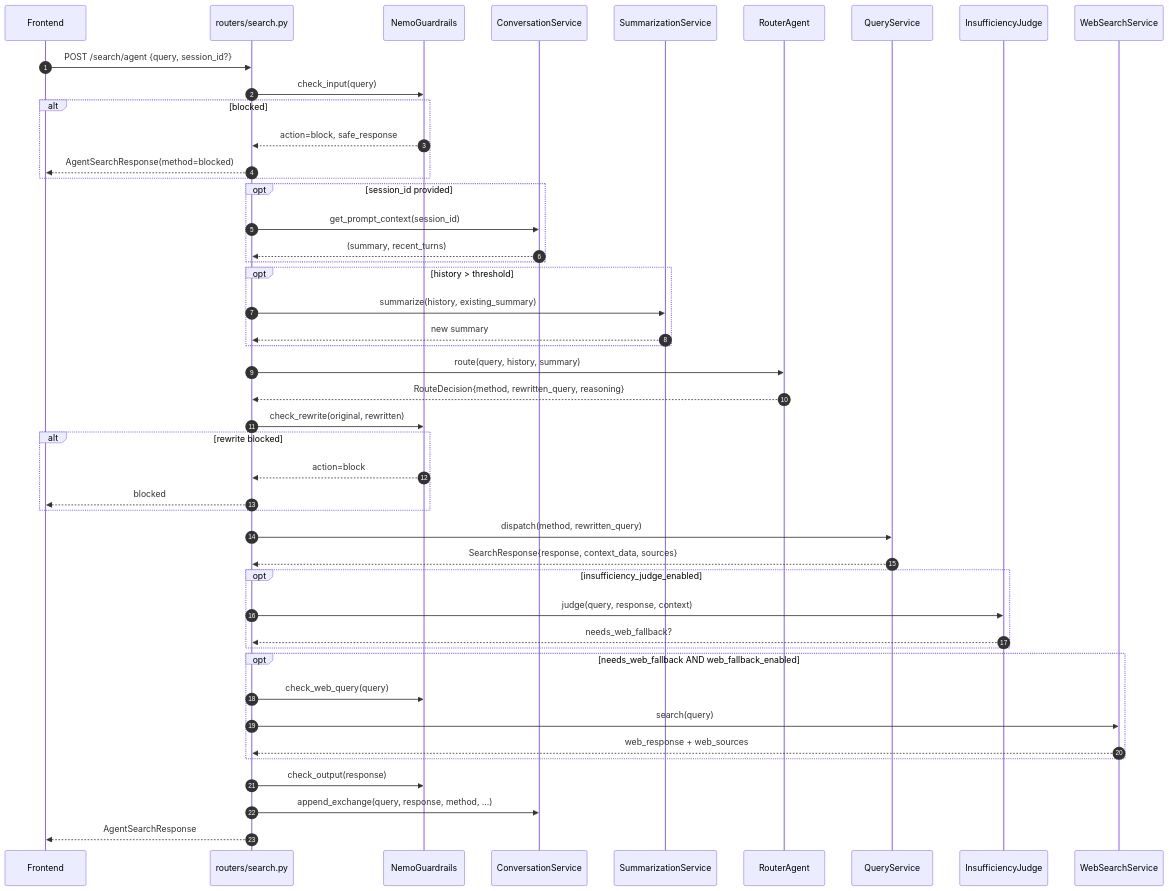
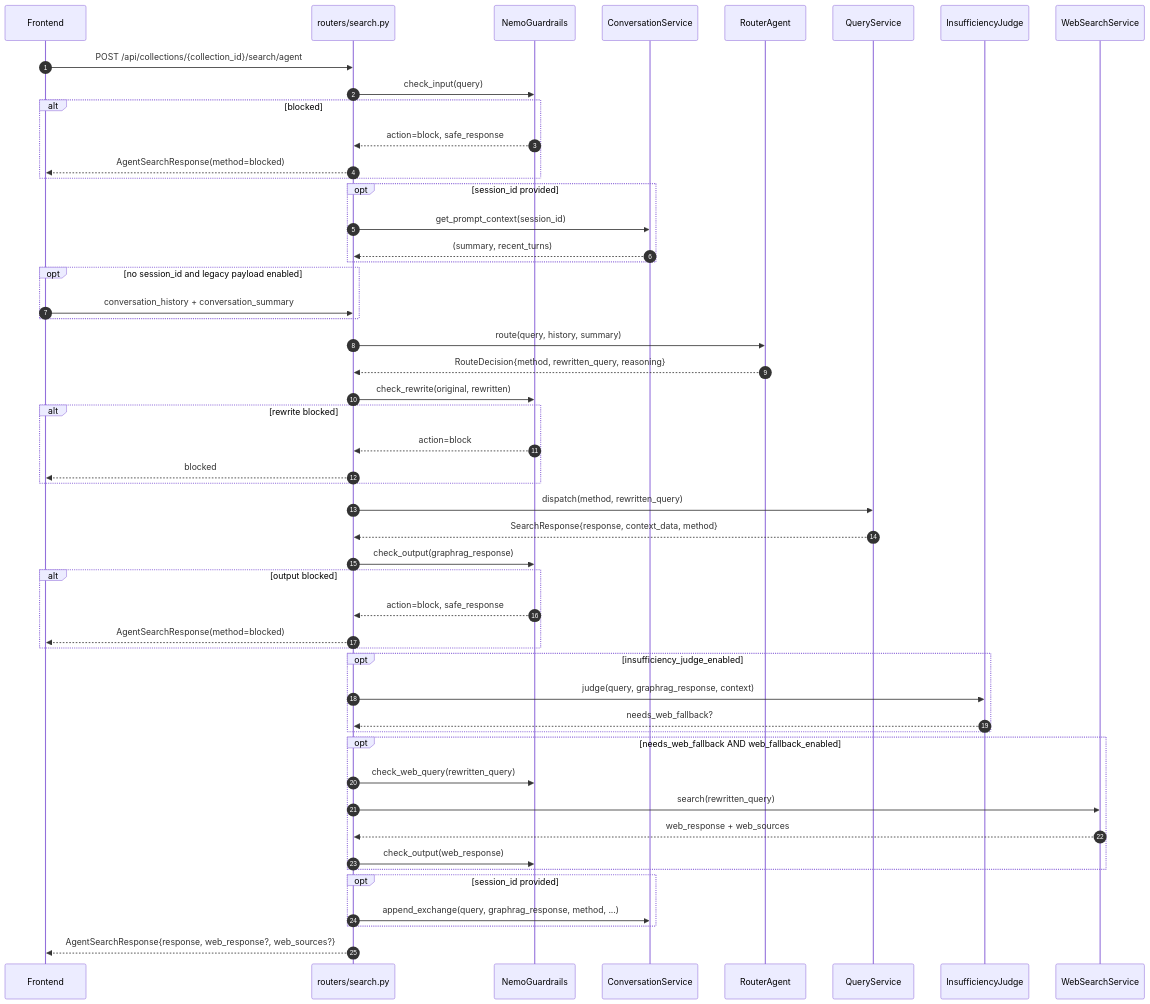
Before and after one commit to huytu0702/gtog: the second of 11 diagrams in docs/project/en/query_flow.md, drawn with Mermaid. The commit also changed other lines of this file and 6 other files, not shown here.

First line of the commit message:
feat: implement guardrails for direct search methods and enhance response handling

````diff
--- a/docs/project/en/query_flow.md
+++ b/docs/project/en/query_flow.md
@@ -32,57 +33,63 @@
 ```mermaid
 sequenceDiagram
     autonumber
     participant FE as Frontend
     participant API as routers/search.py
     participant GR as NemoGuardrails
     participant Conv as ConversationService
-    participant Sum as SummarizationService
     participant Router as RouterAgent
     participant QS as QueryService
     participant Judge as InsufficiencyJudge
     participant Web as WebSearchService
 
-    FE->>API: POST /search/agent {query, session_id?}
+    FE->>API: POST /api/collections/{collection_id}/search/agent
     API->>GR: check_input(query)
     alt blocked
         GR-->>API: action=block, safe_response
         API-->>FE: AgentSearchResponse(method=blocked)
     end
 
     opt session_id provided
         API->>Conv: get_prompt_context(session_id)
         Conv-->>API: (summary, recent_turns)
     end
 
-    opt history > threshold
-        API->>Sum: summarize(history, existing_summary)
-        Sum-->>API: new summary
+    opt no session_id and legacy payload enabled
+        FE->>API: conversation_history + conversation_summary
     end
 
     API->>Router: route(query, history, summary)
     Router-->>API: RouteDecision{method, rewritten_query, reasoning}
 
     API->>GR: check_rewrite(original, rewritten)
     alt rewrite blocked
         GR-->>API: action=block
         API-->>FE: blocked
     end
 
     API->>QS: dispatch(method, rewritten_query)
-    QS-->>API: SearchResponse{response, context_data, sources}
+    QS-->>API: SearchResponse{response, context_data, method}
+    API->>GR: check_output(graphrag_response)
+    alt output blocked
+        GR-->>API: action=block, safe_response
+        API-->>FE: AgentSearchResponse(method=blocked)
+    end
 
     opt insufficiency_judge_enabled
-        API->>Judge: judge(query, response, context)
+        API->>Judge: judge(query, graphrag_response, context)
         Judge-->>API: needs_web_fallback?
     end
 
     opt needs_web_fallback AND web_fallback_enabled
-        API->>GR: check_web_query(query)
-        API->>Web: search(query)
+        API->>GR: check_web_query(rewritten_query)
+        API->>Web: search(rewritten_query)
         Web-->>API: web_response + web_sources
+        API->>GR: check_output(web_response)
     end
 
-    API->>GR: check_output(response)
-    API->>Conv: append_exchange(query, response, method, ...)
-    API-->>FE: AgentSearchResponse
+    opt session_id provided
+        API->>Conv: append_exchange(query, graphrag_response, method, ...)
+    end
+
+    API-->>FE: AgentSearchResponse{response, web_response?, web_sources?}
 ```
````
